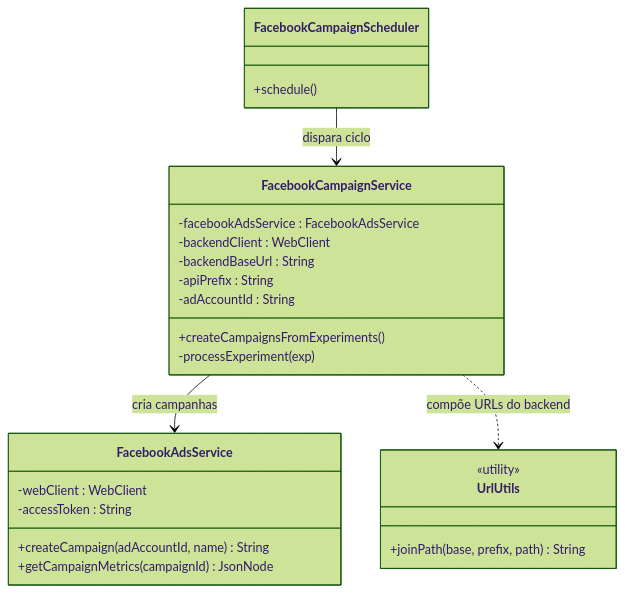
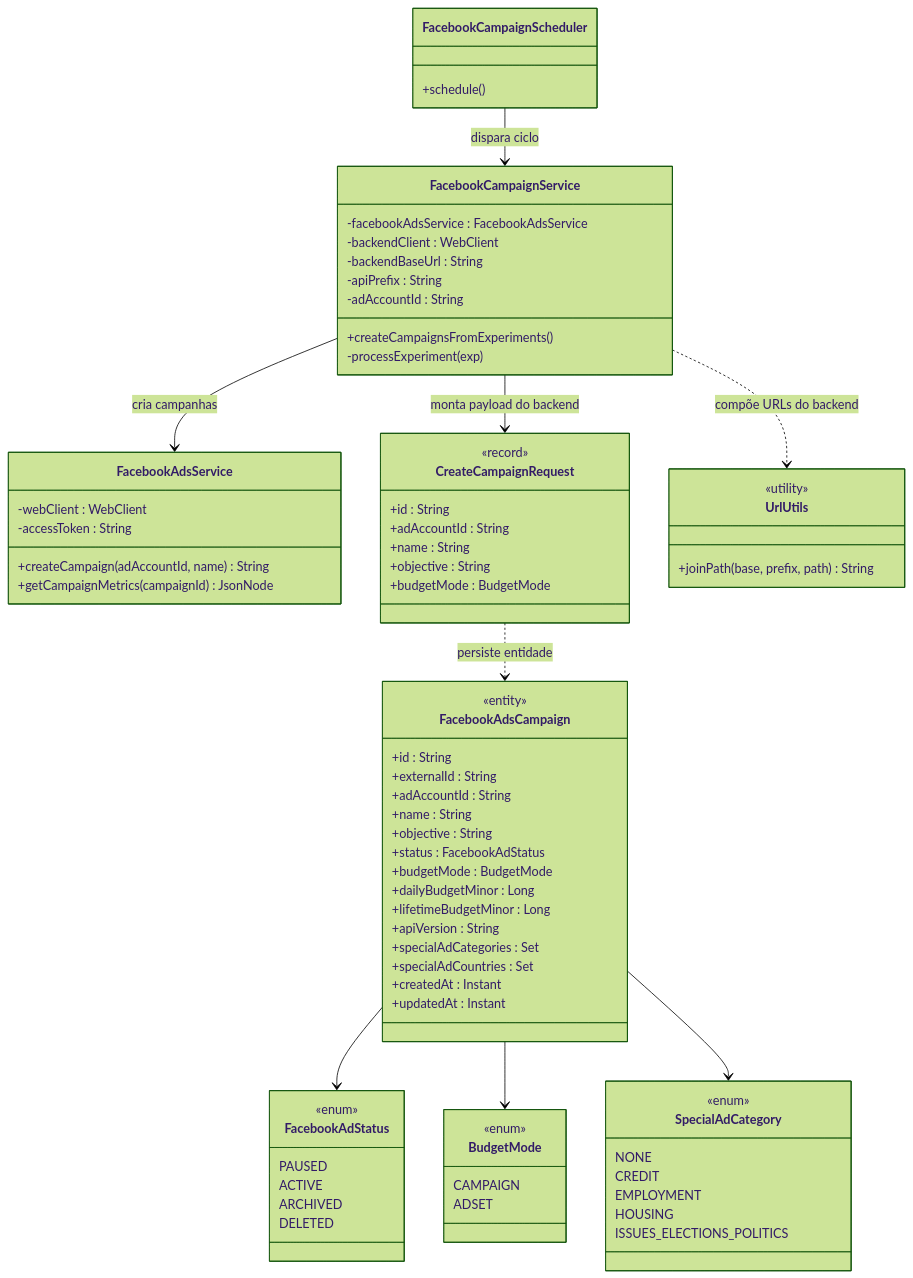
One commit to paulofor/marketing-hub changed the diagram in docs/facebook-ads-worker/class-diagram.md. Above: the diagram before and after it, drawn with Mermaid (forest theme). The commit also changed other lines of this file, not shown here.

Commit message:
docs: detalha modelo de campanha no diagrama do worker

````diff
--- a/docs/facebook-ads-worker/class-diagram.md
+++ b/docs/facebook-ads-worker/class-diagram.md
@@ -28,6 +28,56 @@
         +getCampaignMetrics(campaignId) JsonNode
     }
 
+    class CreateCampaignRequest {
+        <<record>>
+        +id : String
+        +adAccountId : String
+        +name : String
+        +objective : String
+        +budgetMode : BudgetMode
+    }
+
+    class FacebookAdsCampaign {
+        <<entity>>
+        +id : String
+        +externalId : String
+        +adAccountId : String
+        +name : String
+        +objective : String
+        +status : FacebookAdStatus
+        +budgetMode : BudgetMode
+        +dailyBudgetMinor : Long
+        +lifetimeBudgetMinor : Long
+        +apiVersion : String
+        +specialAdCategories : Set<SpecialAdCategory>
+        +specialAdCountries : Set<String>
+        +createdAt : Instant
+        +updatedAt : Instant
+    }
+
+    class FacebookAdStatus {
+        <<enum>>
+        PAUSED
+        ACTIVE
+        ARCHIVED
+        DELETED
+    }
+
+    class BudgetMode {
+        <<enum>>
+        CAMPAIGN
+        ADSET
+    }
+
+    class SpecialAdCategory {
+        <<enum>>
+        NONE
+        CREDIT
+        EMPLOYMENT
+        HOUSING
+        ISSUES_ELECTIONS_POLITICS
+    }
+
     class UrlUtils {
         <<utility>>
         +joinPath(base, prefix, path) String
@@ -35,5 +85,10 @@
 
     FacebookCampaignScheduler --> FacebookCampaignService : dispara ciclo
     FacebookCampaignService --> FacebookAdsService : cria campanhas
+    FacebookCampaignService --> CreateCampaignRequest : monta payload do backend
+    CreateCampaignRequest ..> FacebookAdsCampaign : persiste entidade
+    FacebookAdsCampaign --> FacebookAdStatus
+    FacebookAdsCampaign --> BudgetMode
+    FacebookAdsCampaign --> SpecialAdCategory
     FacebookCampaignService ..> UrlUtils : compõe URLs do backend
 ```
````
